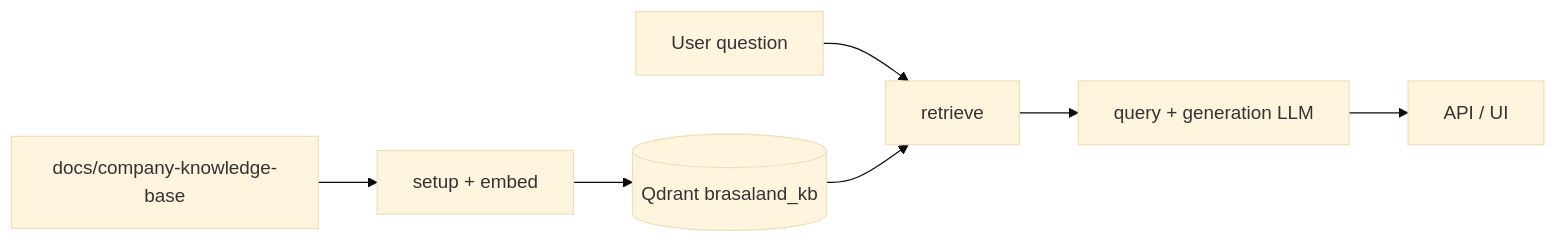
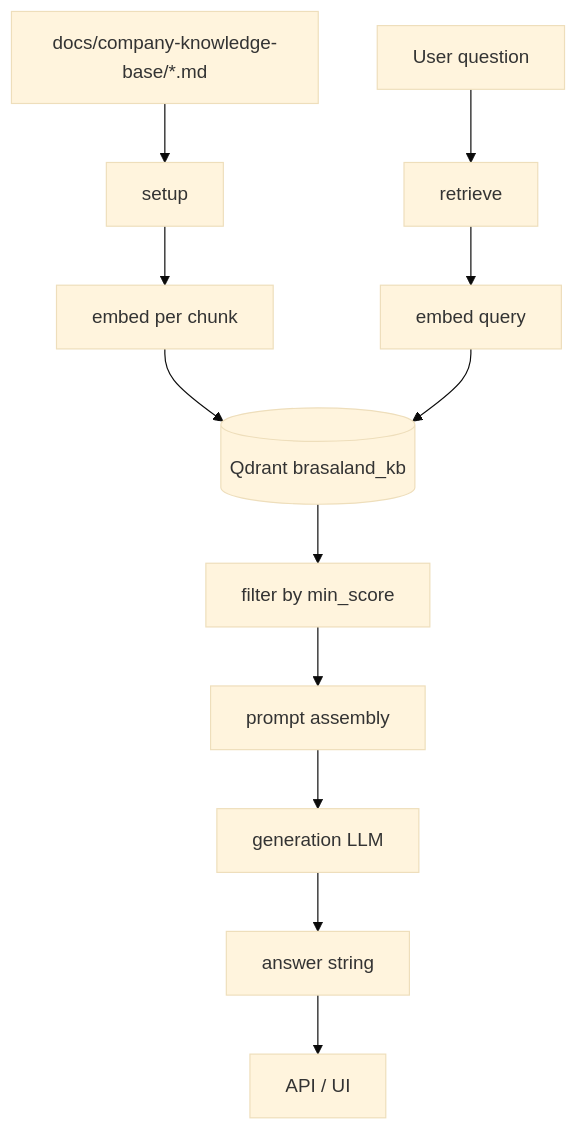
One commit to 4GeeksAcademy/ai-engineering-company-project-monorepo changed the diagram in docs/rag/rag-design.md. Above: the diagram before and after it, drawn with Mermaid (base theme). The commit also changed other lines of this file and 14 other files, not shown here.

````diff
--- a/docs/rag/rag-design.md
+++ b/docs/rag/rag-design.md
@@ -21,9 +25,14 @@
 ```mermaid
-graph LR
-    A[docs/company-knowledge-base] --> B[setup + embed]
-    B --> C[(Qdrant brasaland_kb)]
-    D[User question] --> E[retrieve]
-    C --> E
-    E --> F[query + generation LLM]
-    F --> G[API / UI]
+graph TD
+    A[docs/company-knowledge-base/*.md] --> B[setup]
+    B --> C[embed per chunk]
+    C --> D[(Qdrant brasaland_kb)]
+    E[User question] --> F[retrieve]
+    F --> G[embed query]
+    G --> D
+    D --> H[filter by min_score]
+    H --> I[prompt assembly]
+    I --> J[generation LLM]
+    J --> K["answer string"]
+    K --> L[API / UI]
 ```
````
